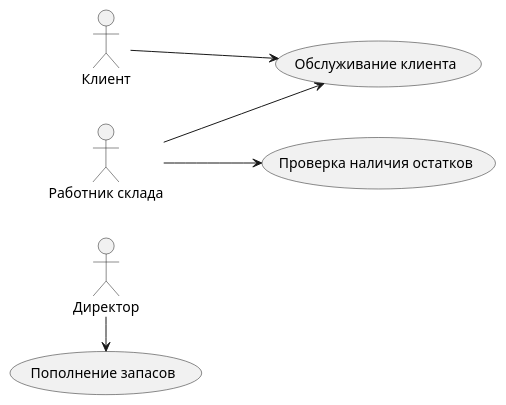
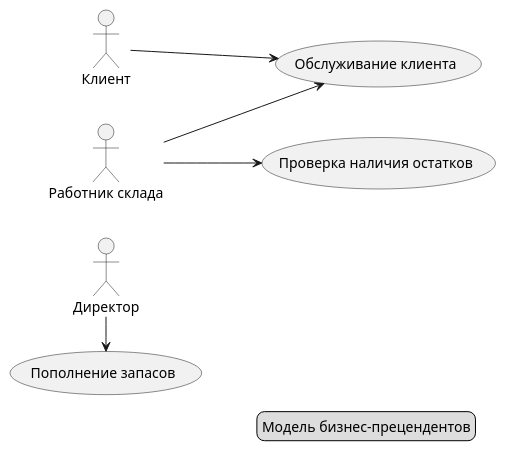
One commit to Karlen1110/dpo-designing changed the diagram in Ivans_diagrams/usecase2.plantuml. Above: the diagram before and after it, drawn with PlantUML. The commit also changed 1 other file, not shown here.

```diff
--- a/Ivans_diagrams/usecase2.plantuml
+++ b/Ivans_diagrams/usecase2.plantuml
@@ -1,13 +1,16 @@
 @startuml "usic1"
 left to right direction
 actor "Директор" as d
 actor "Работник склада" as r
 actor "Клиент" as c
+legend right
+Модель бизнес-прецендентов
+endlegend
   usecase "Пополнение запасов" as u1
   usecase "Обслуживание клиента" as u2
   usecase "Проверка наличия остатков" as u3
 d -> u1
 r --> u2
 r --> u3
 c --> u2
 @enduml
```
